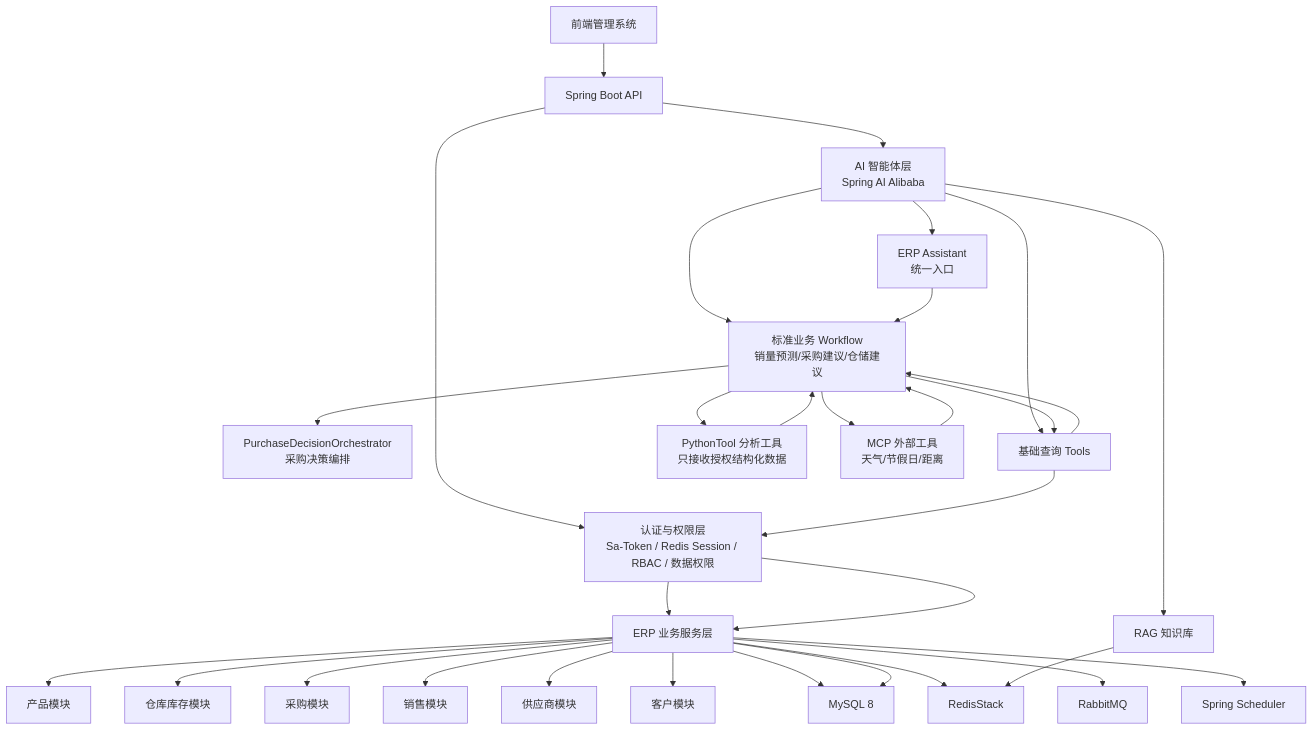
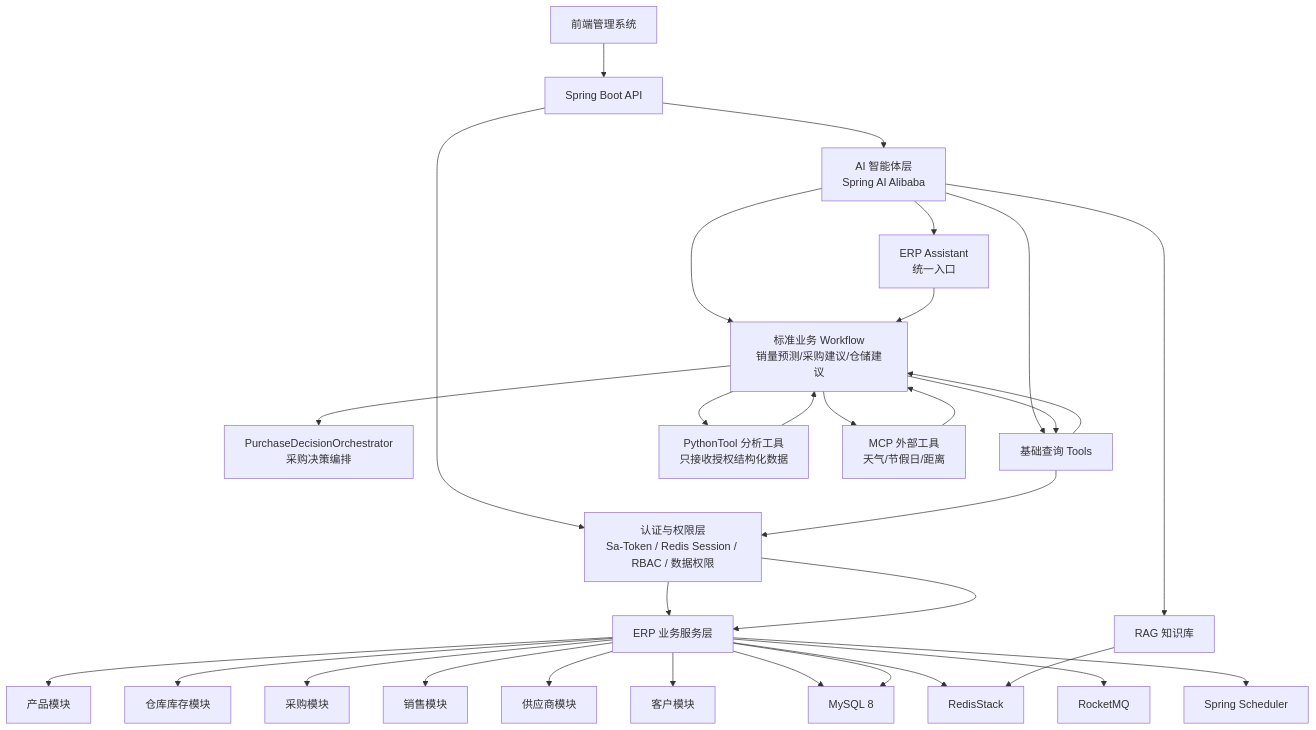
The first of 10 diagrams in docs/erp-project-plan.md (LI-S-H/qiheng-erp), drawn with Mermaid before and after one commit. The commit also changed other lines of this file and 1 other file, not shown here.

Commit message:
docs: 消息队列从 RabbitMQ 改为 RocketMQ

````diff
--- a/docs/erp-project-plan.md
+++ b/docs/erp-project-plan.md
@@ -72,38 +72,38 @@
 ```mermaid
 flowchart TD
     A["前端管理系统"] --> B["Spring Boot API"]
 
     B --> C["认证与权限层<br/>Sa-Token / Redis Session / RBAC / 数据权限"]
     C --> D["ERP 业务服务层"]
 
     D --> E["产品模块"]
     D --> F["仓库库存模块"]
     D --> G["采购模块"]
     D --> H["销售模块"]
     D --> I["供应商模块"]
     D --> J["客户模块"]
 
     D --> K["MySQL 8"]
     D --> L["RedisStack"]
-    D --> M["RabbitMQ"]
+    D --> M["RocketMQ"]
     D --> N["Spring Scheduler"]
 
     B --> O["AI 智能体层<br/>Spring AI Alibaba"]
     O --> OA["ERP Assistant<br/>统一入口"]
     O --> OW["标准业务 Workflow<br/>销量预测/采购建议/仓储建议"]
     OA --> OW
     OW --> OB["PurchaseDecisionOrchestrator<br/>采购决策编排"]
     O --> P["RAG 知识库"]
     O --> Q["基础查询 Tools"]
     Q --> C
     C --> D
     D --> K
     OW --> Q
     Q --> OW
     OW --> R["PythonTool 分析工具<br/>只接收授权结构化数据"]
     R --> OW
     OW --> S["MCP 外部工具<br/>天气/节假日/距离"]
 
     P --> L
     S --> OW
 ```
````
